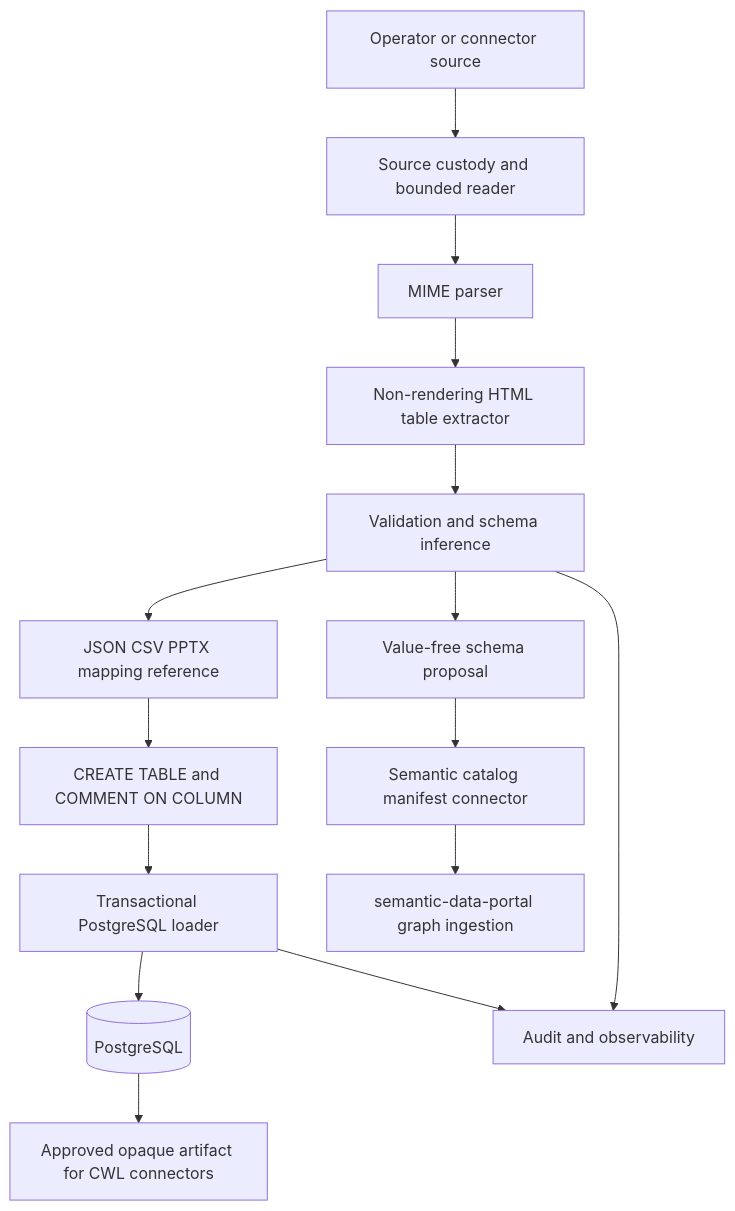
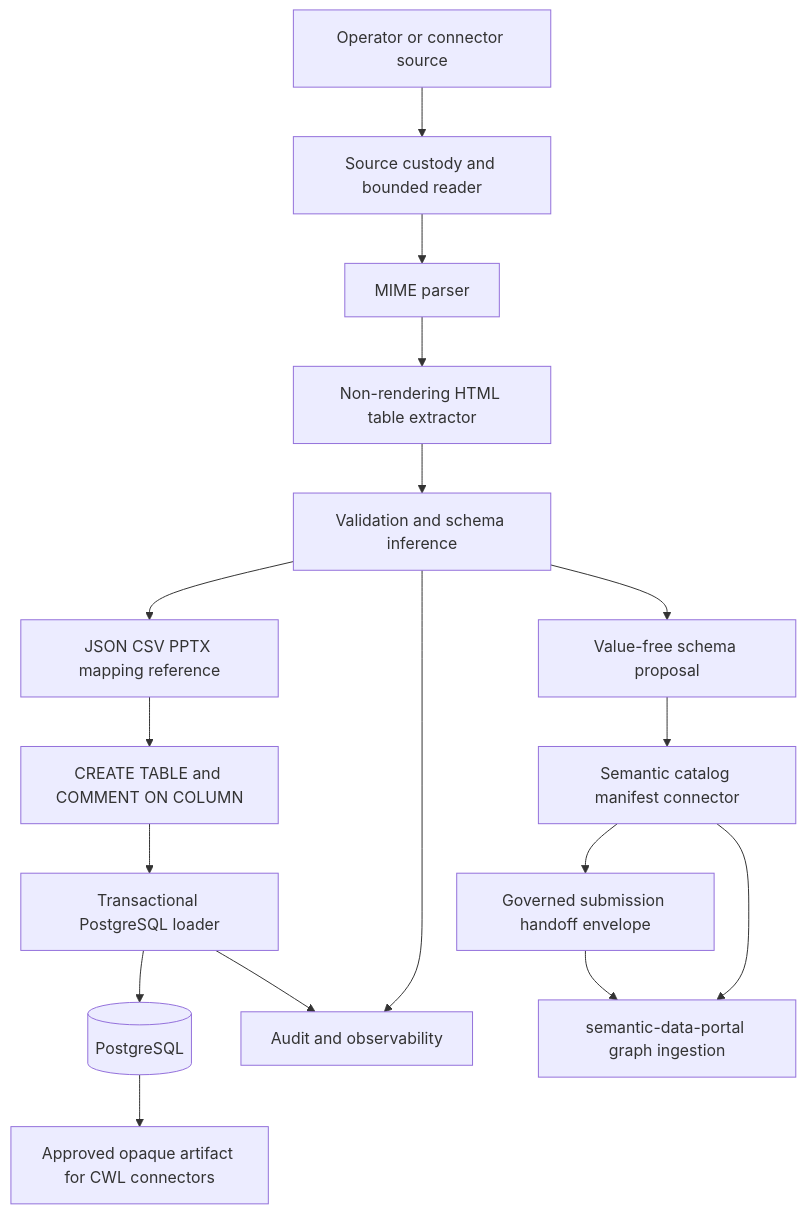
Before and after one commit to ContextualWisdomLab/mhtml-etl-gateway: the first of 3 diagrams in docs/ARCHITECTURE.md, drawn with Mermaid. The commit also changed other lines of this file and 25 other files, not shown here.

Commit message:
feat: add governed semantic catalog handoff

````diff
--- a/docs/ARCHITECTURE.md
+++ b/docs/ARCHITECTURE.md
@@ -9,17 +9,19 @@
 ```mermaid
 flowchart TB
     A["Operator or connector source"] --> C["Source custody and bounded reader"]
     C --> M["MIME parser"]
     M --> H["Non-rendering HTML table extractor"]
     H --> V["Validation and schema inference"]
     V --> R["JSON CSV PPTX mapping reference"]
     R --> D["CREATE TABLE and COMMENT ON COLUMN"]
     V --> SP["Value-free schema proposal"]
     SP --> SC["Semantic catalog manifest connector"]
+    SC --> SH["Governed submission handoff envelope"]
     D --> L["Transactional PostgreSQL loader"]
     L --> P[("PostgreSQL")]
     V --> O["Audit and observability"]
     L --> O
     SC --> SDP["semantic-data-portal graph ingestion"]
+    SH --> SDP
     P --> N["Approved opaque artifact for CWL connectors"]
 ```
````
